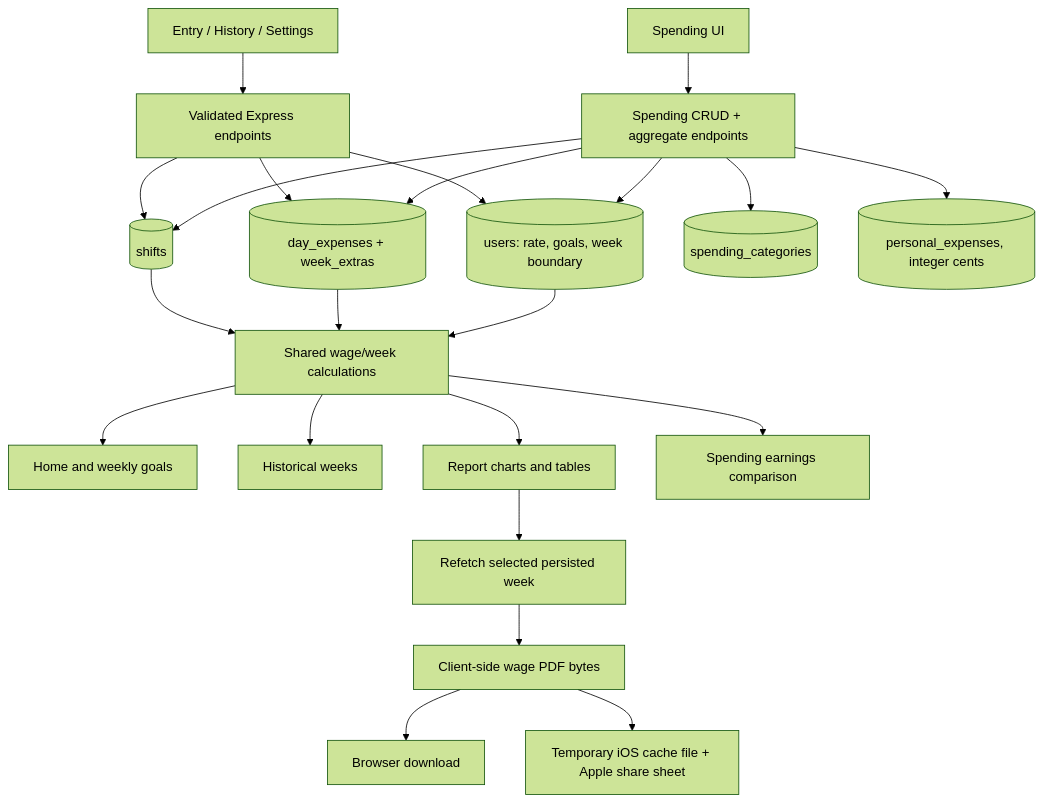
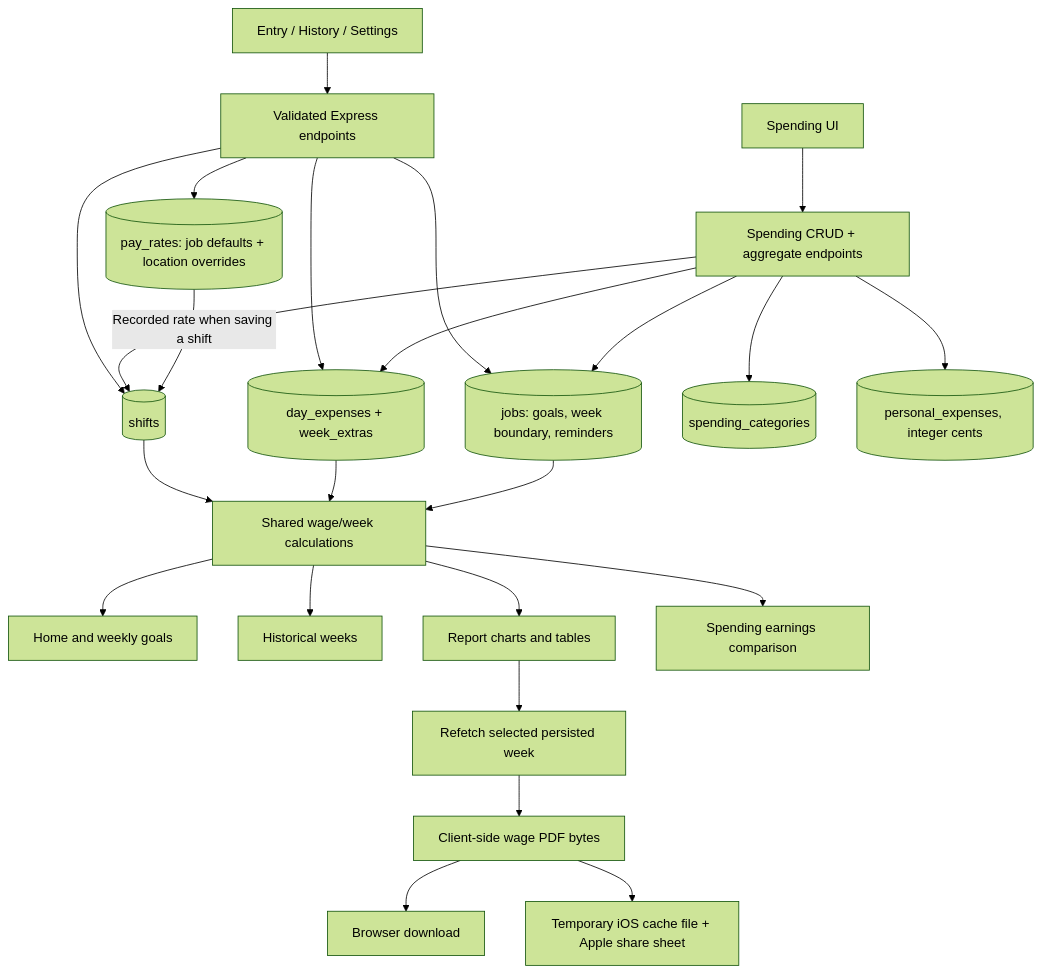
Before and after one commit to Ezaz-Ahmad/WagesTracker: the third of 4 diagrams in docs/architecture.md, drawn with Mermaid (forest theme). The commit also changed other lines of this file and 11 other files, not shown here.

````diff
--- a/docs/architecture.md
+++ b/docs/architecture.md
@@ -104,25 +108,27 @@
 ```mermaid
 flowchart TD
   INPUT["Entry / History / Settings"] --> API["Validated Express endpoints"]
   API --> SHIFTS[("shifts")]
   API --> WORK[("day_expenses + week_extras")]
-  API --> PROFILE[("users: rate, goals, week boundary")]
+  API --> JOBS[("jobs: goals, week boundary, reminders")]
+  API --> PAY[("pay_rates: job defaults + location overrides")]
   SPENDUI["Spending UI"] --> SPENDAPI["Spending CRUD + aggregate endpoints"]
   SPENDAPI --> CATS[("spending_categories")]
   SPENDAPI --> EXP[("personal_expenses, integer cents")]
   SPENDAPI --> SHIFTS
   SPENDAPI --> WORK
-  SPENDAPI --> PROFILE
+  SPENDAPI --> JOBS
 
   SHIFTS --> CALC["Shared wage/week calculations"]
   WORK --> CALC
-  PROFILE --> CALC
+  JOBS --> CALC
+  PAY -->|"Recorded rate when saving a shift"| SHIFTS
   CALC --> HOME["Home and weekly goals"]
   CALC --> HISTORY["Historical weeks"]
   CALC --> REPORT["Report charts and tables"]
   CALC --> SUMMARY["Spending earnings comparison"]
   REPORT --> FRESH["Refetch selected persisted week"]
   FRESH --> PDF["Client-side wage PDF bytes"]
   PDF --> WEBFILE["Browser download"]
   PDF --> IOSSHARE["Temporary iOS cache file + Apple share sheet"]
 ```
````
